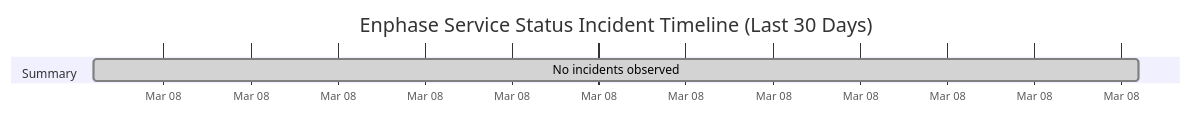
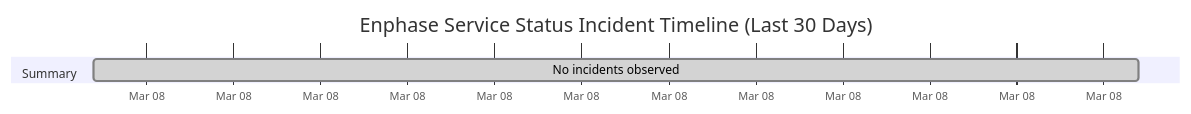
Before and after one commit to barneyonline/ha-enphase-ev-charger: the diagram in wiki/Service-Status-History.md, drawn with Mermaid. The commit also changed other lines of this file and 3 other files, not shown here.

````diff
--- a/wiki/Service-Status-History.md
+++ b/wiki/Service-Status-History.md
@@ -14,8 +14,8 @@
 ```mermaid
 gantt
     title Enphase Service Status Incident Timeline (Last 30 Days)
     dateFormat  YYYY-MM-DDTHH:mm:ss
     axisFormat  %b %d
     section Summary
-    No incidents observed :done, 2026-03-08T01:15:41, 1m
+    No incidents observed :done, 2026-03-08T04:02:42, 1m
 ```
````
